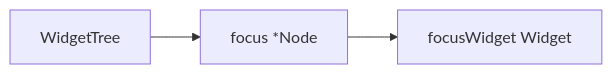
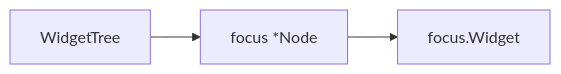
The fifth of 7 diagrams in docs/UI_ARCHITECTURE.md (yairgd/gdbforge), drawn with Mermaid before and after one commit. The commit also changed other lines of this file and 11 other files, not shown here.

````diff
--- a/docs/UI_ARCHITECTURE.md
+++ b/docs/UI_ARCHITECTURE.md
@@ -309,7 +310,7 @@
 ```mermaid
 flowchart LR
     Tree["WidgetTree"]
     FocusNode["focus *Node"]
-    FocusWidget["focusWidget Widget"]
-    Tree --> FocusNode --> FocusWidget
+    LeafWidget["focus.Widget"]
+    Tree --> FocusNode --> LeafWidget
 ```
````
